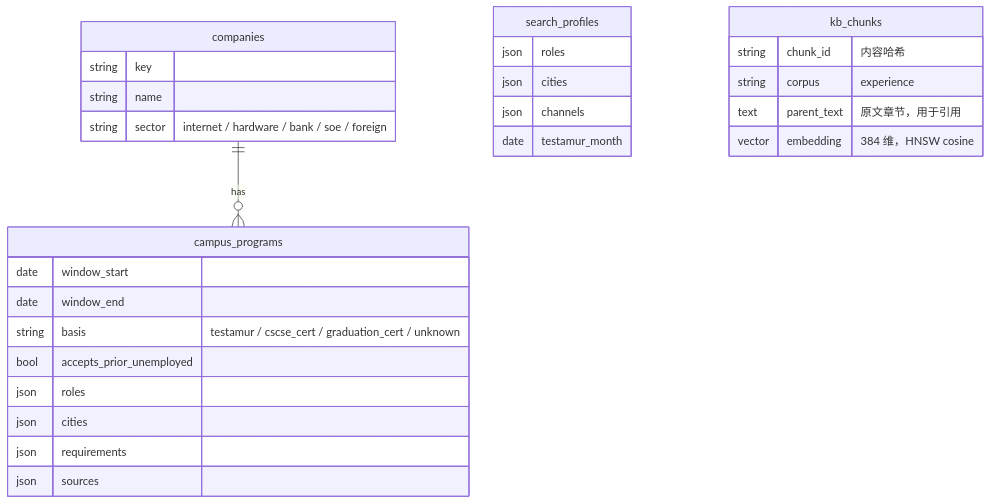
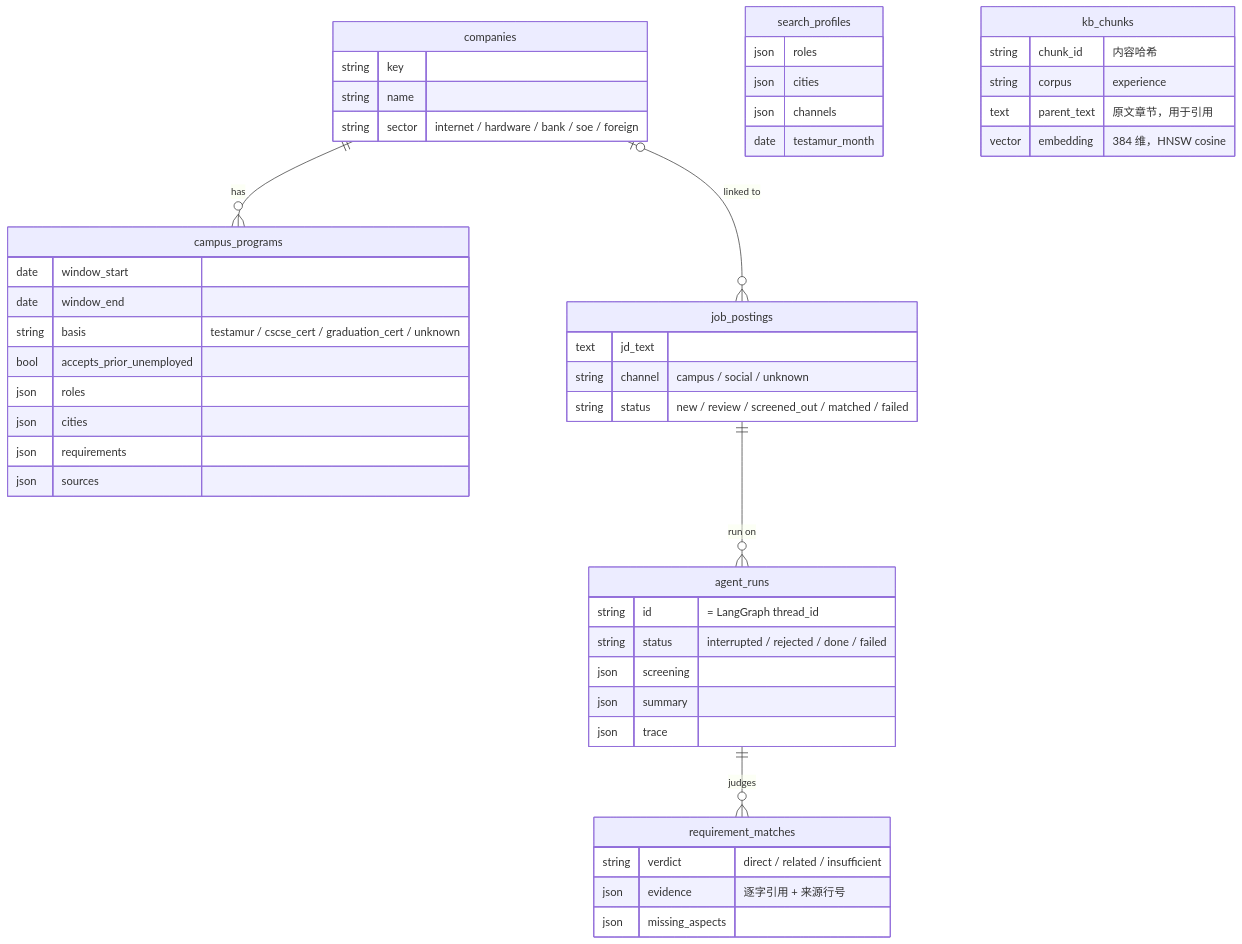
The second of 2 diagrams in README.md (Maxwell2048/cn-job-agent), drawn with Mermaid before and after one commit. The commit also changed other lines of this file and 21 other files, not shown here.

First line of the commit message:
P1: LangGraph job graph with screening and matching agents

````diff
--- a/README.md
+++ b/README.md
@@ -20,31 +50,51 @@
 ```mermaid
 erDiagram
     companies ||--o{ campus_programs : has
+    companies |o--o{ job_postings : "linked to"
+    job_postings ||--o{ agent_runs : "run on"
+    agent_runs ||--o{ requirement_matches : judges
+    job_postings {
+        text jd_text
+        string channel "campus / social / unknown"
+        string status "new / review / screened_out / matched / failed"
+    }
+    agent_runs {
+        string id "= LangGraph thread_id"
+        string status "interrupted / rejected / done / failed"
+        json screening
+        json summary
+        json trace
+    }
+    requirement_matches {
+        string verdict "direct / related / insufficient"
+        json evidence "逐字引用 + 来源行号"
+        json missing_aspects
+    }
     companies {
         string key
         string name
         string sector "internet / hardware / bank / soe / foreign"
     }
     campus_programs {
         date window_start
         date window_end
         string basis "testamur / cscse_cert / graduation_cert / unknown"
         bool accepts_prior_unemployed
         json roles
         json cities
         json requirements
         json sources
     }
     search_profiles {
         json roles
         json cities
         json channels
         date testamur_month
     }
     kb_chunks {
         string chunk_id "内容哈希"
         string corpus "experience"
         text parent_text "原文章节，用于引用"
         vector embedding "384 维，HNSW cosine"
     }
 ```
````
